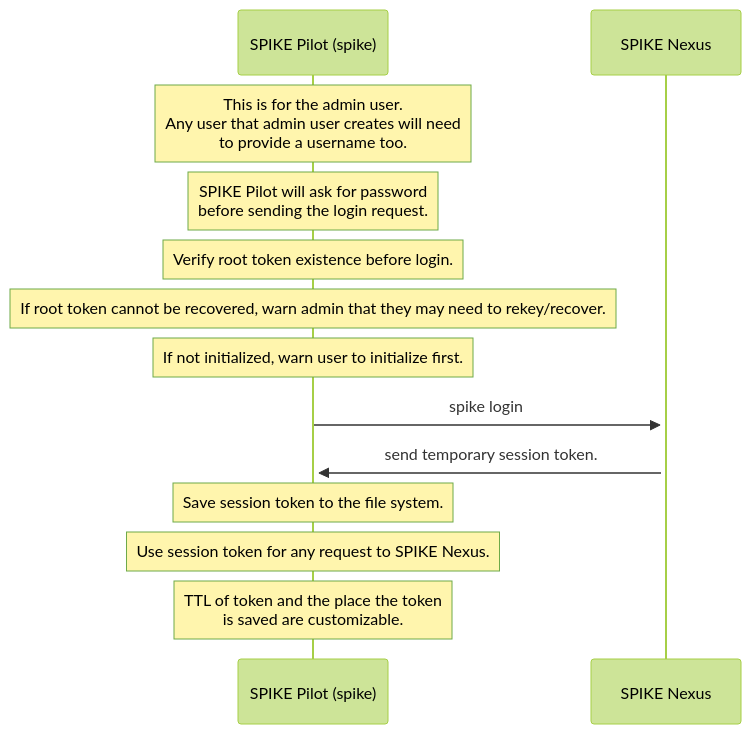
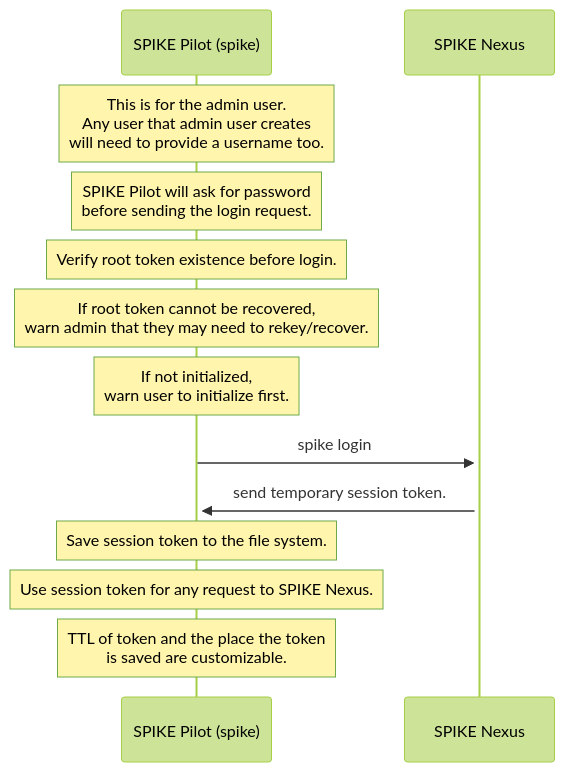
One commit to spiffe/spike changed the diagram in docs/architecture/charts/login.md. Above: the diagram before and after it, drawn with Mermaid (forest theme). The commit also changed 12 other files, not shown here.

````diff
--- a/docs/architecture/charts/login.md
+++ b/docs/architecture/charts/login.md
@@ -5,18 +5,18 @@
 ```mermaid
 sequenceDiagram
     participant P as SPIKE Pilot (spike)
     participant N as SPIKE Nexus
     
-    Note over P: This is for the admin user.<br>Any user that admin user creates will need<br>to provide a username too.
+    Note over P: This is for the admin user.<br>Any user that admin user creates<br>will need to provide a username too.
     Note over P: SPIKE Pilot will ask for password<br>before sending the login request.
     Note over P: Verify root token existence before login.
-    Note over P: If root token cannot be recovered, warn admin that they may need to rekey/recover.
-    Note over P: If not initialized, warn user to initialize first.
+    Note over P: If root token cannot be recovered,<br>warn admin that they may need to rekey/recover.
+    Note over P: If not initialized,<br>warn user to initialize first.
 
     P->>+N: spike login 
     N->>+P: send temporary session token.
 
     Note over P: Save session token to the file system.
     Note over P: Use session token for any request to SPIKE Nexus.
     Note over P: TTL of token and the place the token<br>is saved are customizable.
 ```
````
